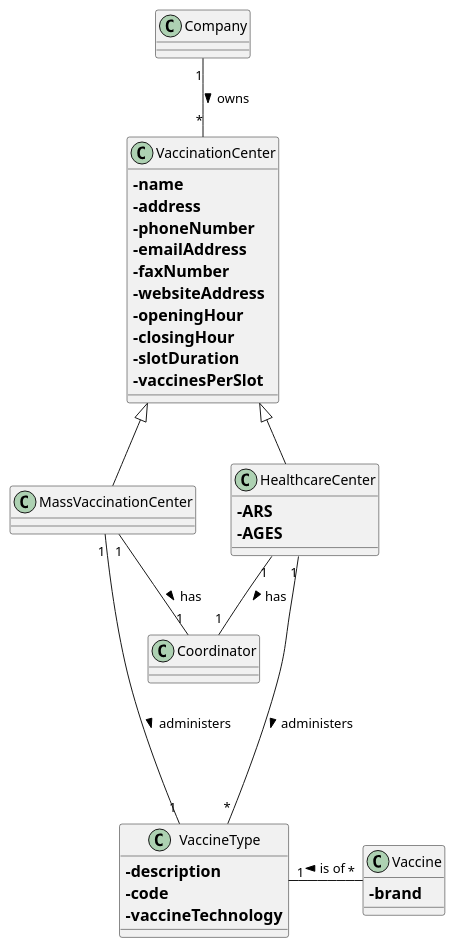
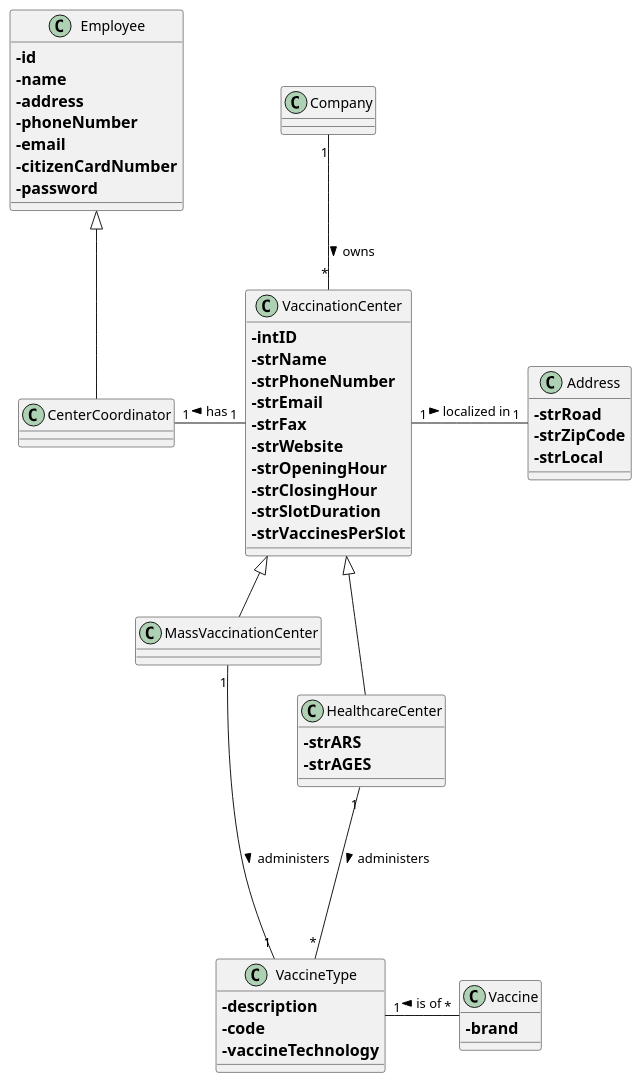
Before and after one commit to Pirussa/lei-22-s2-1da-g02: the diagram in docs/SprintB/US009/US009_MD.puml, drawn with PlantUML. The commit also changed 1 other file, not shown here.

```diff
--- a/docs/SprintB/US009/US009_MD.puml
+++ b/docs/SprintB/US009/US009_MD.puml
@@ -1,48 +1,65 @@
 @startuml
 'https://plantuml.com/class-diagram
 '!pragma layout smetana
 
 class Company
 
 class VaccineType{
 ==-description
 ==-code
 ==-vaccineTechnology
 }
 
 class Vaccine{
 ==-brand
 }
 
+class Address{
+==-strRoad
+==-strZipCode
+==-strLocal
+}
+
 class VaccinationCenter{
+==-intID
+==-strName
+==-strPhoneNumber
+==-strEmail
+==-strFax
+==-strWebsite
+==-strOpeningHour
+==-strClosingHour
+==-strSlotDuration
+==-strVaccinesPerSlot
+}
+
+class CenterCoordinator extends Employee{
+}
+
+class Employee{
+==-id
 ==-name
 ==-address
 ==-phoneNumber
-==-emailAddress
-==-faxNumber
-==-websiteAddress
-==-openingHour
-==-closingHour
-==-slotDuration
-==-vaccinesPerSlot
+==-email
+==-citizenCardNumber
+==-password
 }
-
-class Coordinator
 
 class MassVaccinationCenter extends VaccinationCenter{
 
 }
 
 class HealthcareCenter extends VaccinationCenter{
-==-ARS
-==-AGES
+==-strARS
+==-strAGES
 }
 
 Company "1" -down- "*" VaccinationCenter: owns >
-MassVaccinationCenter "1" -down- "1" Coordinator: has >
-HealthcareCenter "1" -down- "1" Coordinator: has >
+VaccinationCenter "1" -left- "1" CenterCoordinator: has >
+VaccinationCenter "1" -right- "1" Address: localized in >
 MassVaccinationCenter "1" --down-- "1" VaccineType: administers >
 HealthcareCenter "1" -down- "*" VaccineType: administers >
 Vaccine "*" --left-- "1" VaccineType: is of >
 
 @enduml
```
